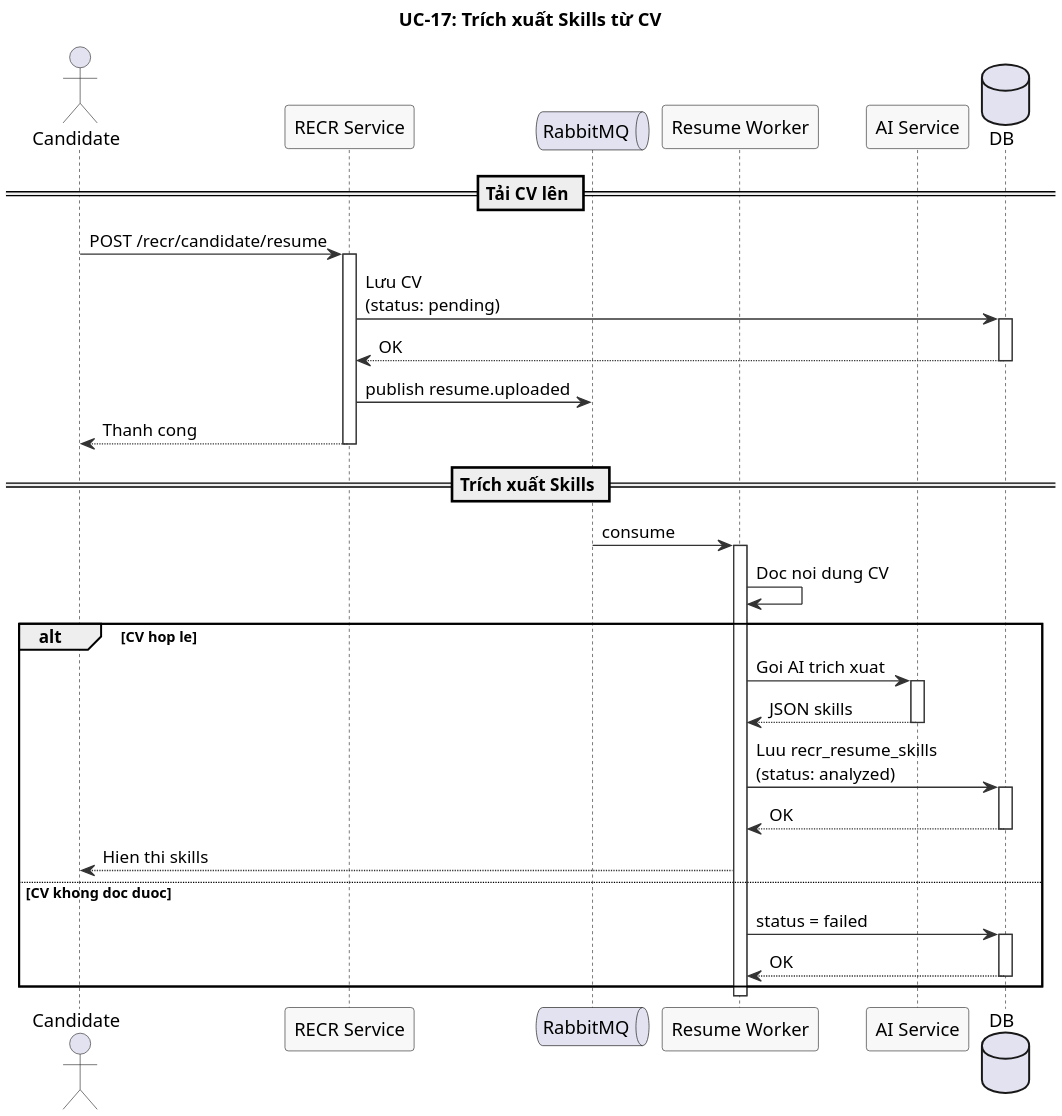
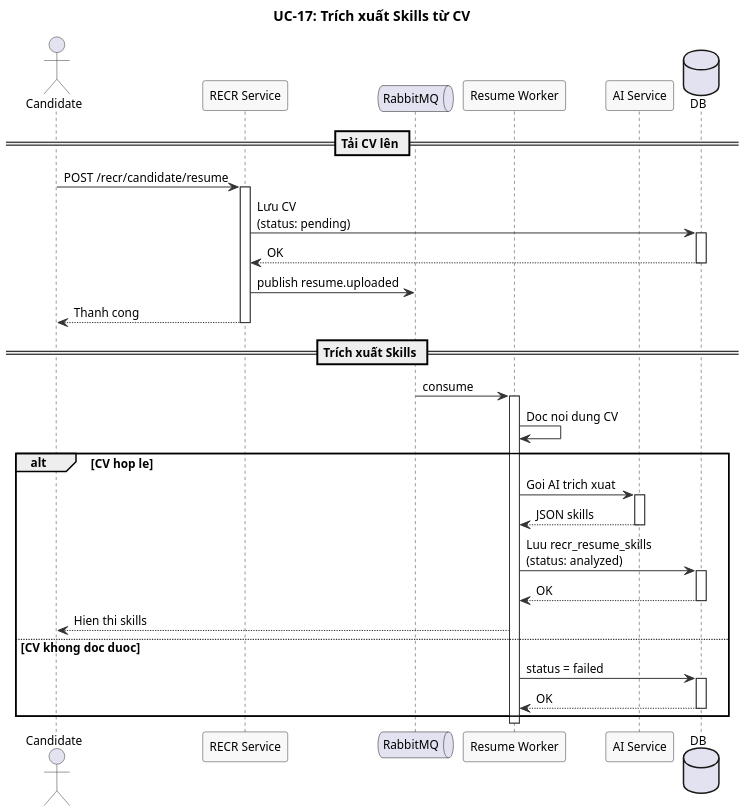
Before and after one commit to namnh240795/document: the diagram in modules/recr/diagrams/sequence/uc17-resume-skill-extraction-sequence.puml, drawn with PlantUML. The commit also changed 23 other files, not shown here.

First line of the commit message:
fix(recr): reduce diagram size for UC-16 to UC-19

```diff
--- a/modules/recr/diagrams/sequence/uc17-resume-skill-extraction-sequence.puml
+++ b/modules/recr/diagrams/sequence/uc17-resume-skill-extraction-sequence.puml
@@ -1,57 +1,60 @@
 @startuml
 ' UC-17: Trích xuất Skills từ CV - Sơ đồ Chuỗi
-skinparam dpi 200
+skinparam dpi 150
+skinparam defaultFontSize 12
+skinparam nodesep 15
+skinparam ranksep 15
 skinparam sequence {
   ArrowColor #333333
   ActorBorderColor #333333
   LifeLineBorderColor #333333
   ParticipantBackgroundColor #F8F8F8
   ParticipantBorderColor #333333
 }
 
 title UC-17: Trích xuất Skills từ CV
 
 actor "Candidate" as C
 participant "RECR Service" as R
 queue "RabbitMQ" as MQ
 participant "Resume Worker" as W
 participant "AI Service" as AI
 database "DB" as DB
 
 == Tải CV lên ==
 
 C -> R : POST /recr/candidate/resume
 activate R
 R -> DB : Lưu CV\n(status: pending)
 activate DB
 DB --> R : OK
 deactivate DB
 R -> MQ : publish resume.uploaded
 R --> C : Thanh cong
 deactivate R
 
 == Trích xuất Skills ==
 
 MQ -> W : consume
 activate W
 W -> W : Doc noi dung CV
 
 alt CV hop le
   W -> AI : Goi AI trich xuat
   activate AI
   AI --> W : JSON skills
   deactivate AI
   W -> DB : Luu recr_resume_skills\n(status: analyzed)
   activate DB
   DB --> W : OK
   deactivate DB
   W --> C : Hien thi skills
 else CV khong doc duoc
   W -> DB : status = failed
   activate DB
   DB --> W : OK
   deactivate DB
 end
 deactivate W
 
 @enduml
```
